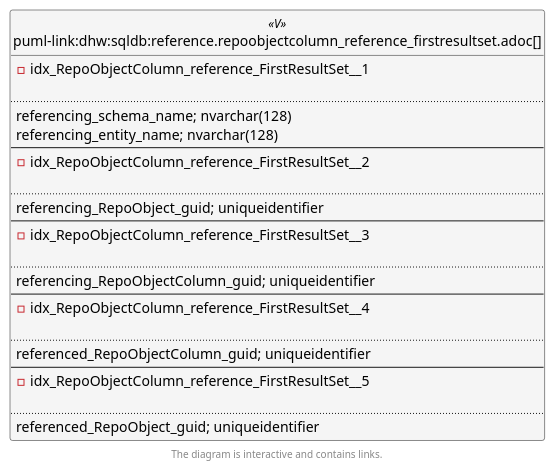
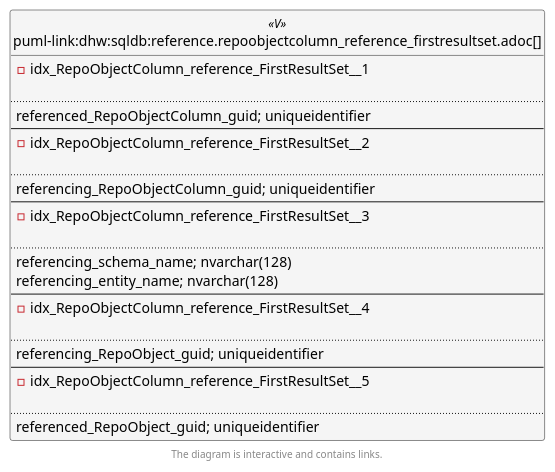
The second of 6 diagrams in docs/modules/sqldb/partials/content/reference.repoobjectcolumn_reference_firstresultset.adoc (DataHandwerk/dhw-antora-sqldb), drawn with PlantUML before and after one commit. The commit also changed other lines of this file and 701 other files, not shown here.

```diff
--- a/docs/modules/sqldb/partials/content/reference.repoobjectcolumn_reference_firstresultset.adoc
+++ b/docs/modules/sqldb/partials/content/reference.repoobjectcolumn_reference_firstresultset.adoc
@@ -1121,64 +1121,64 @@
 [plantuml, entity_1_1_fk-{docname}, svg, subs=macros]
 ....
 @startuml
 left to right direction
 'top to bottom direction
 hide circle
 'avoide "." issues:
 set namespaceSeparator none
 
 
 skinparam class {
   BackgroundColor White
   BackgroundColor<<FN>> Yellow
   BackgroundColor<<FS>> Yellow
   BackgroundColor<<FT>> LightGray
   BackgroundColor<<IF>> Yellow
   BackgroundColor<<IS>> Yellow
   BackgroundColor<<P>>  Aqua
   BackgroundColor<<PC>> Aqua
   BackgroundColor<<SN>> Yellow
   BackgroundColor<<SO>> SlateBlue
   BackgroundColor<<TF>> LightGray
   BackgroundColor<<TR>> Tomato
   BackgroundColor<<U>>  White
   BackgroundColor<<V>>  WhiteSmoke
   BackgroundColor<<X>>  Aqua
   BackgroundColor<<external>> AliceBlue
 }
 
 
 entity "puml-link:dhw:sqldb:reference.repoobjectcolumn_reference_firstresultset.adoc[]" as reference.RepoObjectColumn_reference_FirstResultSet << V >> {
 - idx_RepoObjectColumn_reference_FirstResultSet__1
 
 ..
-referencing_schema_name; nvarchar(128)
-referencing_entity_name; nvarchar(128)
+referenced_RepoObjectColumn_guid; uniqueidentifier
 --
 - idx_RepoObjectColumn_reference_FirstResultSet__2
 
 ..
-referencing_RepoObject_guid; uniqueidentifier
+referencing_RepoObjectColumn_guid; uniqueidentifier
 --
 - idx_RepoObjectColumn_reference_FirstResultSet__3
 
 ..
-referencing_RepoObjectColumn_guid; uniqueidentifier
+referencing_schema_name; nvarchar(128)
+referencing_entity_name; nvarchar(128)
 --
 - idx_RepoObjectColumn_reference_FirstResultSet__4
 
 ..
-referenced_RepoObjectColumn_guid; uniqueidentifier
+referencing_RepoObject_guid; uniqueidentifier
 --
 - idx_RepoObjectColumn_reference_FirstResultSet__5
 
 ..
 referenced_RepoObject_guid; uniqueidentifier
 }
 
 
 
 footer The diagram is interactive and contains links.
 
 @enduml
 ....
```
